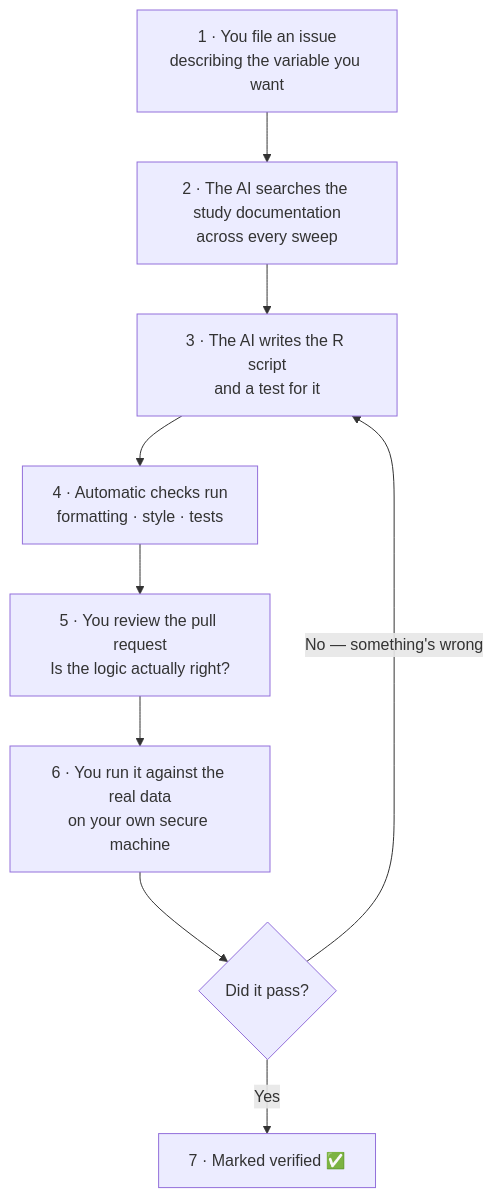
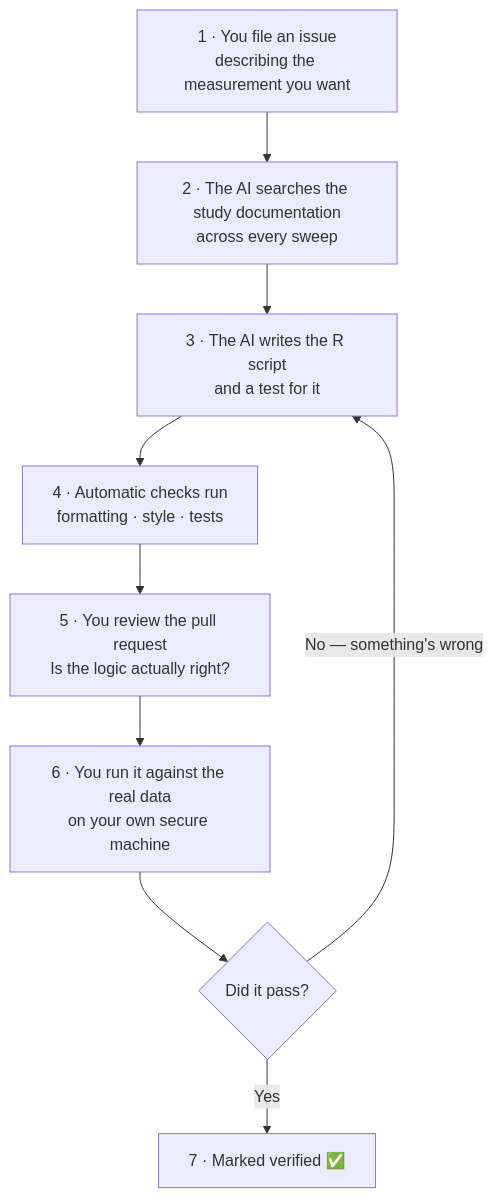
Before and after one commit to CLS-Data/bcs70-core: the first of 4 diagrams in README.md, drawn with Mermaid. The commit also changed other lines of this file, not shown here.

````diff
--- a/README.md
+++ b/README.md
@@ -40,14 +43,14 @@
 ```mermaid
 flowchart TD
-    A["1 · You file an issue<br/>describing the variable you want"]
+    A["1 · You file an issue<br/>describing the measurement you want"]
     B["2 · The AI searches the study documentation<br/>across every sweep"]
     C["3 · The AI writes the R script<br/>and a test for it"]
     D["4 · Automatic checks run<br/>formatting · style · tests"]
     E["5 · You review the pull request<br/>Is the logic actually right?"]
     F["6 · You run it against the real data<br/>on your own secure machine"]
     G{"Did it pass?"}
     H["7 · Marked verified ✅"]
     A --> B --> C --> D --> E --> F --> G
     G -->|Yes| H
     G -->|"No — something's wrong"| C
 ```
````
